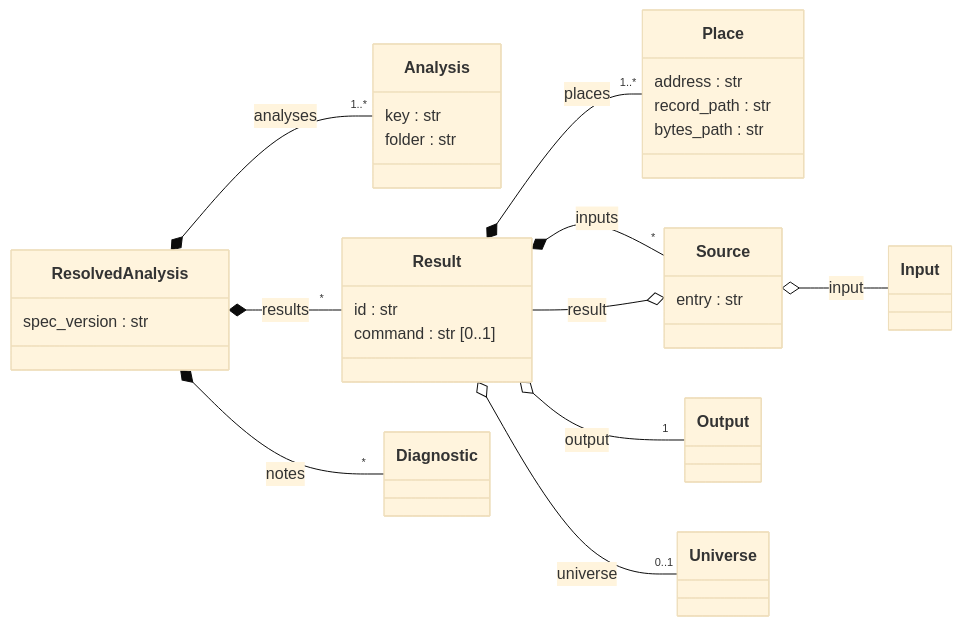
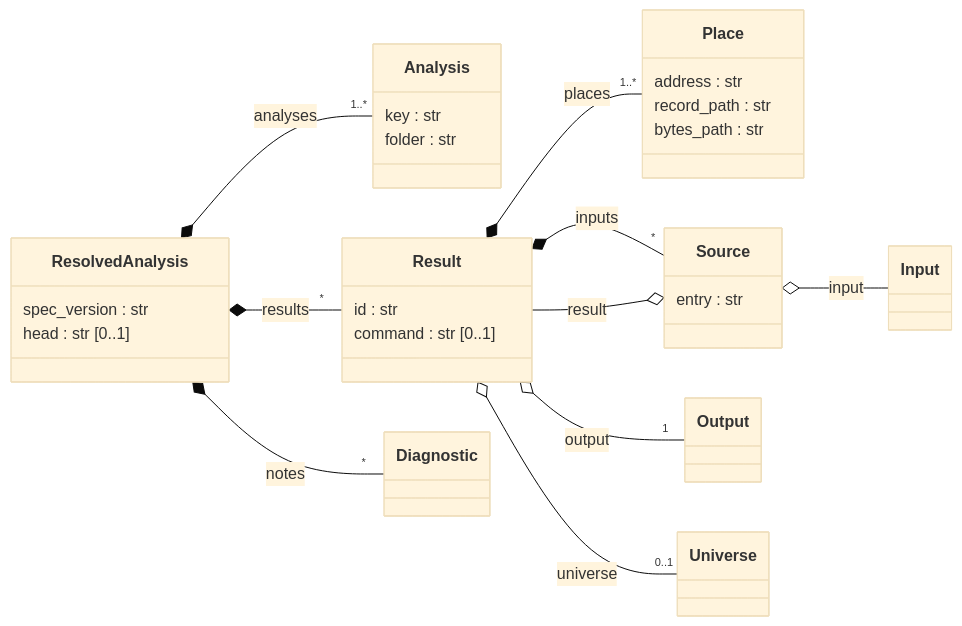
Before and after one commit to astra-project/astra-tools: the third of 8 diagrams in docs/data-model.md, drawn with Mermaid (base theme). The commit also changed other lines of this file and 20 other files, not shown here.

````diff
--- a/docs/data-model.md
+++ b/docs/data-model.md
@@ -165,36 +166,37 @@
 ```mermaid
 classDiagram
   direction LR
   class ResolvedAnalysis {
     spec_version : str
+    head : str [0..1]
   }
   class Analysis {
     key : str
     folder : str
   }
   class Result {
     id : str
     command : str [0..1]
   }
   class Place {
     address : str
     record_path : str
     bytes_path : str
   }
   class Source {
     entry : str
   }
   class Output
   class Universe
   class Input
   class Diagnostic
   ResolvedAnalysis *-- "1..*" Analysis : analyses
   ResolvedAnalysis *-- "*" Result : results
   ResolvedAnalysis *-- "*" Diagnostic : notes
   Result *-- "1..*" Place : places
   Result *-- "*" Source : inputs
   Result o-- "1" Output : output
   Result o-- "0..1" Universe : universe
   Source o-- Input : input
   Source o-- Result : result
 ```
````
